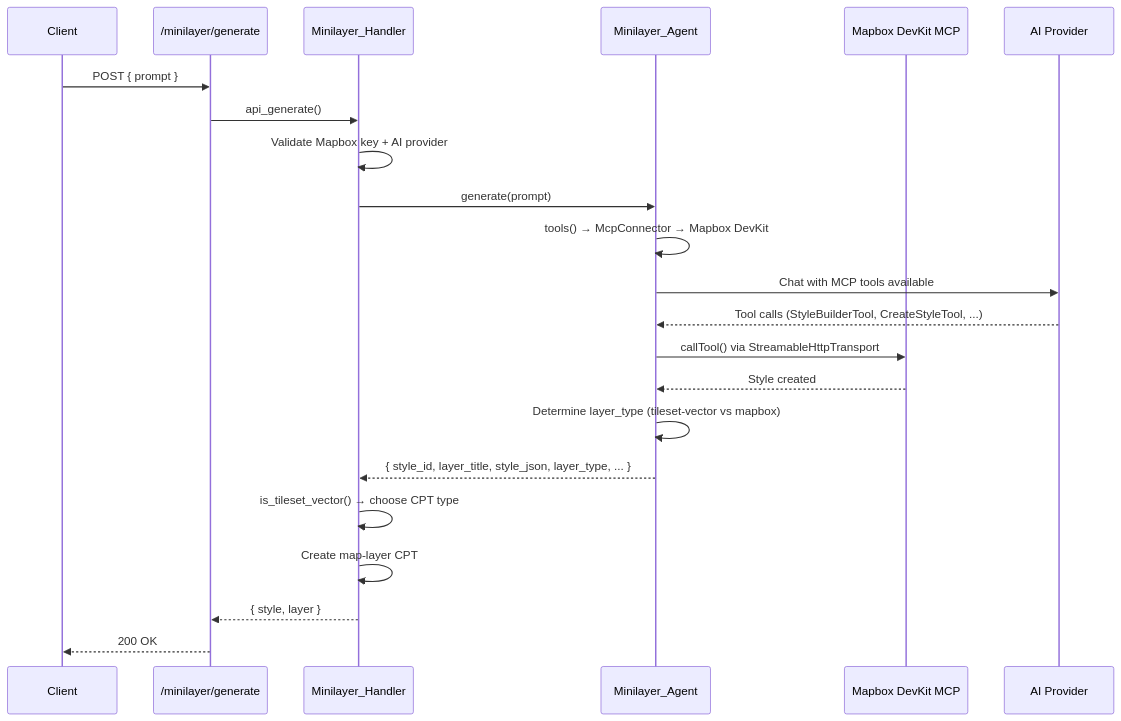
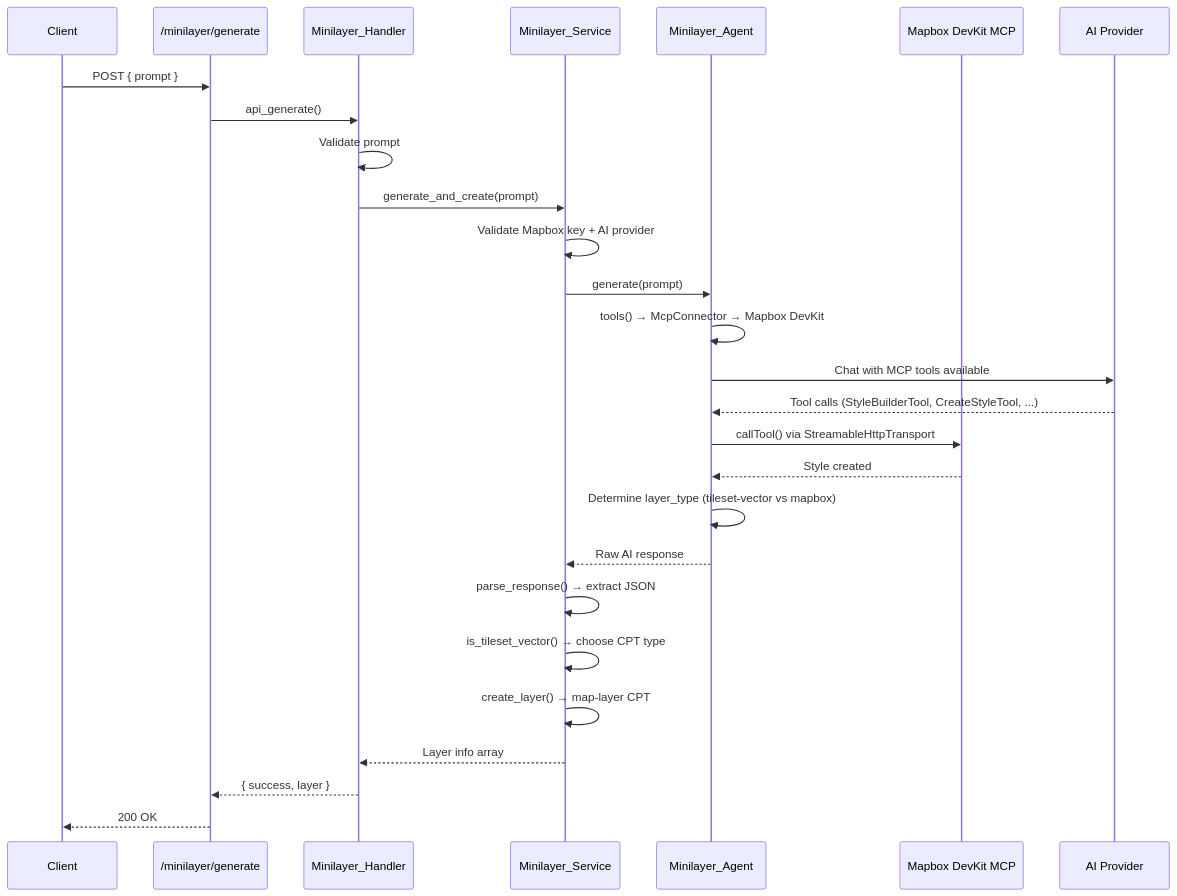
The diagram in .architecture/minilayer/README.md (InfoAmazonia/jeo-plugin), drawn with Mermaid before and after one commit. The commit also changed other lines of this file and 8 other files, not shown here.

````diff
--- a/.architecture/minilayer/README.md
+++ b/.architecture/minilayer/README.md
@@ -14,25 +16,30 @@
 ```mermaid
 sequenceDiagram
     participant Client
     participant REST as /minilayer/generate
     participant H as Minilayer_Handler
+    participant S as Minilayer_Service
     participant A as Minilayer_Agent
     participant MCP as Mapbox DevKit MCP
     participant LLM as AI Provider
 
     Client->>REST: POST { prompt }
     REST->>H: api_generate()
-    H->>H: Validate Mapbox key + AI provider
-    H->>A: generate(prompt)
+    H->>H: Validate prompt
+    H->>S: generate_and_create(prompt)
+    S->>S: Validate Mapbox key + AI provider
+    S->>A: generate(prompt)
     A->>A: tools() → McpConnector → Mapbox DevKit
     A->>LLM: Chat with MCP tools available
     LLM-->>A: Tool calls (StyleBuilderTool, CreateStyleTool, ...)
     A->>MCP: callTool() via StreamableHttpTransport
     MCP-->>A: Style created
     A->>A: Determine layer_type (tileset-vector vs mapbox)
-    A-->>H: { style_id, layer_title, style_json, layer_type, ... }
-    H->>H: is_tileset_vector() → choose CPT type
-    H->>H: Create map-layer CPT
-    H-->>REST: { style, layer }
+    A-->>S: Raw AI response
+    S->>S: parse_response() → extract JSON
+    S->>S: is_tileset_vector() → choose CPT type
+    S->>S: create_layer() → map-layer CPT
+    S-->>H: Layer info array
+    H-->>REST: { success, layer }
     REST-->>Client: 200 OK
 ```
````
